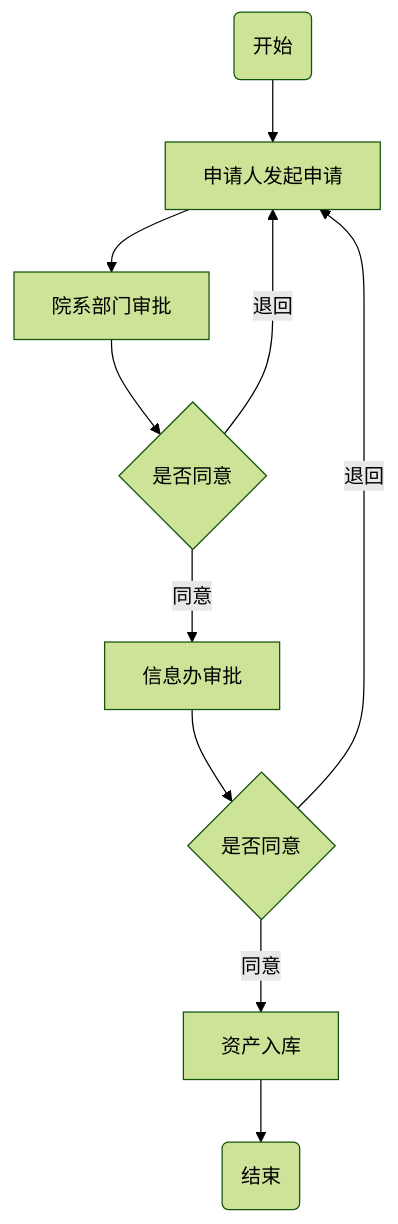
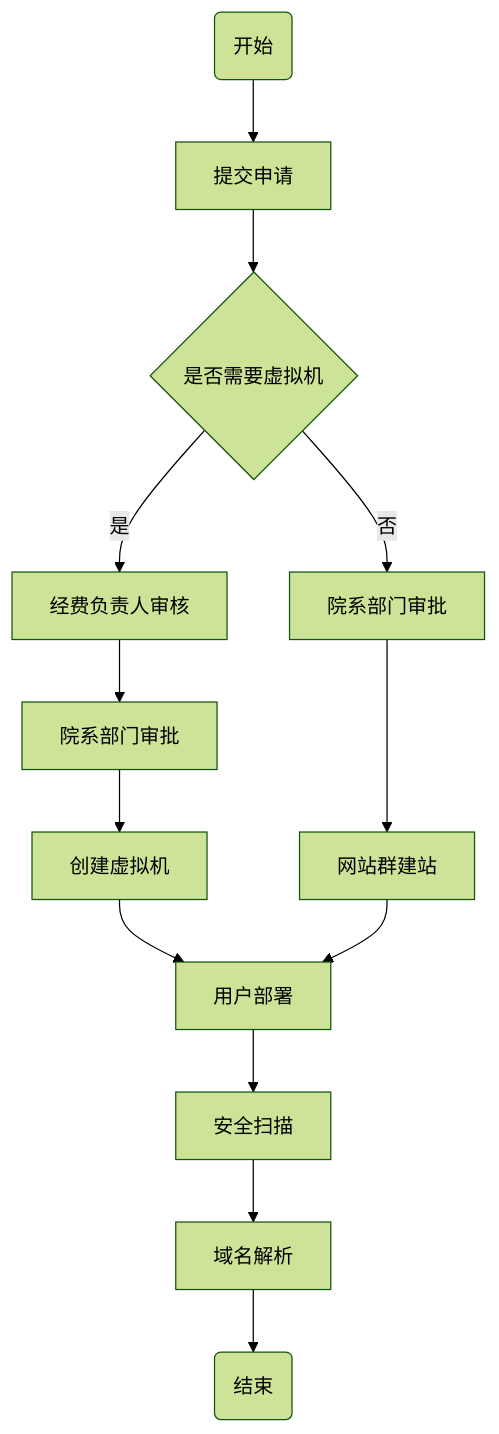
Before and after one commit to edsiongithub/hexo_source: the diagram in source/drafts/信息资产申请.md, drawn with Mermaid (forest theme). The commit also changed other lines of this file and 5 other files, not shown here.

````diff
--- a/source/drafts/信息资产申请.md
+++ b/source/drafts/信息资产申请.md
@@ -11,13 +11,15 @@
 ```mermaid
-   graph TB
-    A(开始) -->
-    B[申请人发起申请] -->
-    C[院系部门审批] -->
-    D{是否同意}
-    D -->|同意| E[信息办审批]
-    D -->|退回| B[申请人发起申请]
-    E -->
-    F{是否同意}
-    F -->|同意| H[资产入库] --> G(结束)
-    F -->|退回| B[申请人发起申请]
+graph TB
+A(开始)-->
+B[提交申请]-->
+D{是否需要虚拟机}
+D -->|是| E[经费负责人审核]
+D -->|否| C[院系部门审批]---> F[网站群建站]
+E --> L[院系部门审批]
+L --> M[创建虚拟机]
+M --> G
+F --> G[用户部署]
+G --> H[安全扫描]
+H --> I[域名解析]
+I --> K(结束)
 ```
````
